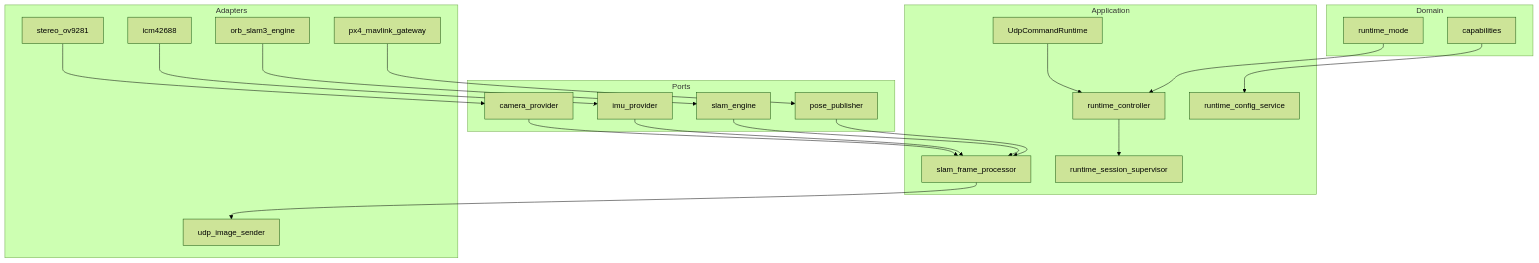
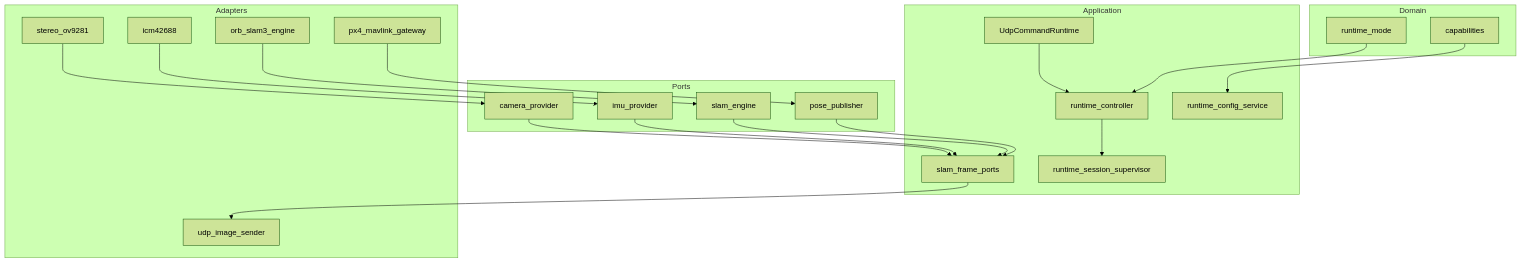
The second of 6 diagrams in docs/architecture.md (litingzhang/SmartDrone), drawn with Mermaid (forest theme) before and after one commit. The commit also changed other lines of this file and 151 other files, not shown here.

Commit message:
refactor: evolve EPG session architecture

````diff
--- a/docs/architecture.md
+++ b/docs/architecture.md
@@ -419,44 +446,44 @@
 ```mermaid
 flowchart TB
     subgraph Domain
       D1[runtime_mode]
       D2[capabilities]
     end
 
     subgraph Ports
       P1[camera_provider]
       P2[imu_provider]
       P3[slam_engine]
       P4[pose_publisher]
     end
 
     subgraph Application
       A1[runtime_controller]
       A2[runtime_session_supervisor]
       A3[UdpCommandRuntime]
-      A4[slam_frame_processor]
+      A4[slam_frame_ports]
       A5[runtime_config_service]
     end
 
     subgraph Adapters
       AD1[stereo_ov9281]
       AD2[icm42688]
       AD3[orb_slam3_engine]
       AD4[px4_mavlink_gateway]
       AD5[udp_image_sender]
     end
 
     D1 --> A1
     D2 --> A5
     P1 --> A4
     P2 --> A4
     P3 --> A4
     P4 --> A4
     A1 --> A2
     A3 --> A1
     A4 --> AD5
     AD1 --> P1
     AD2 --> P2
     AD3 --> P3
     AD4 --> P4
 ```
````
